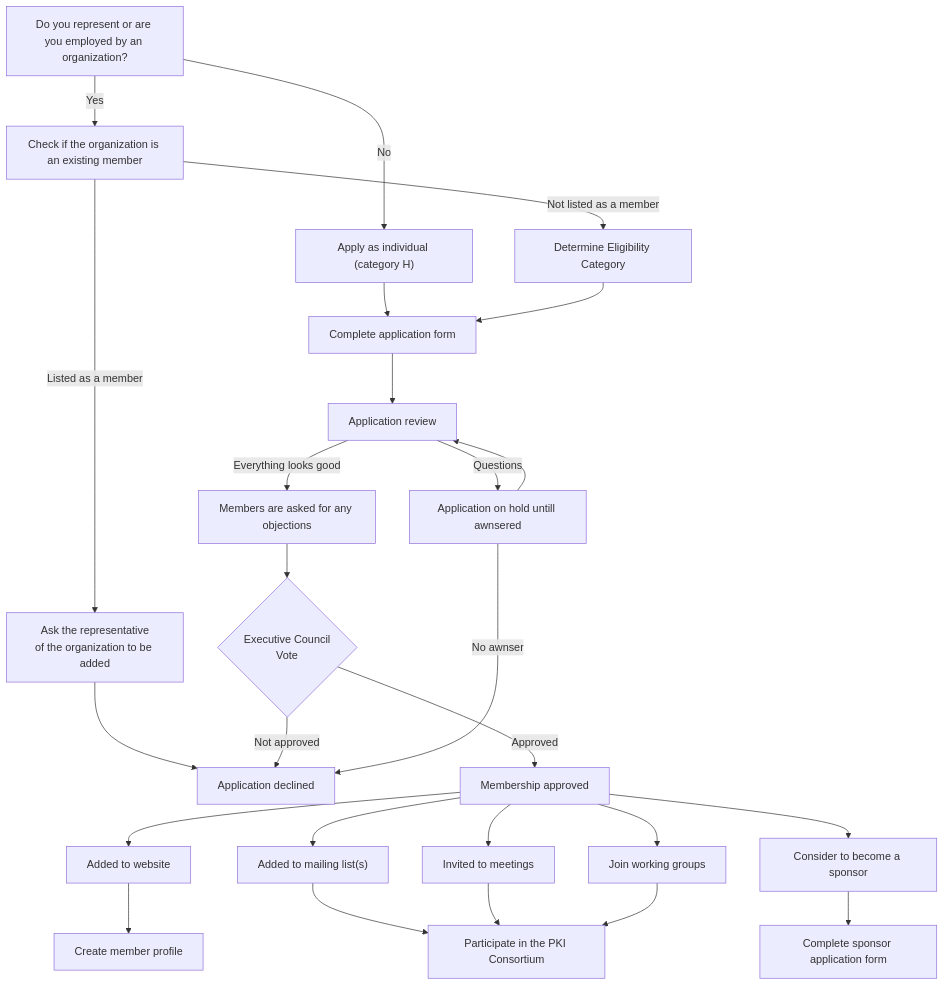
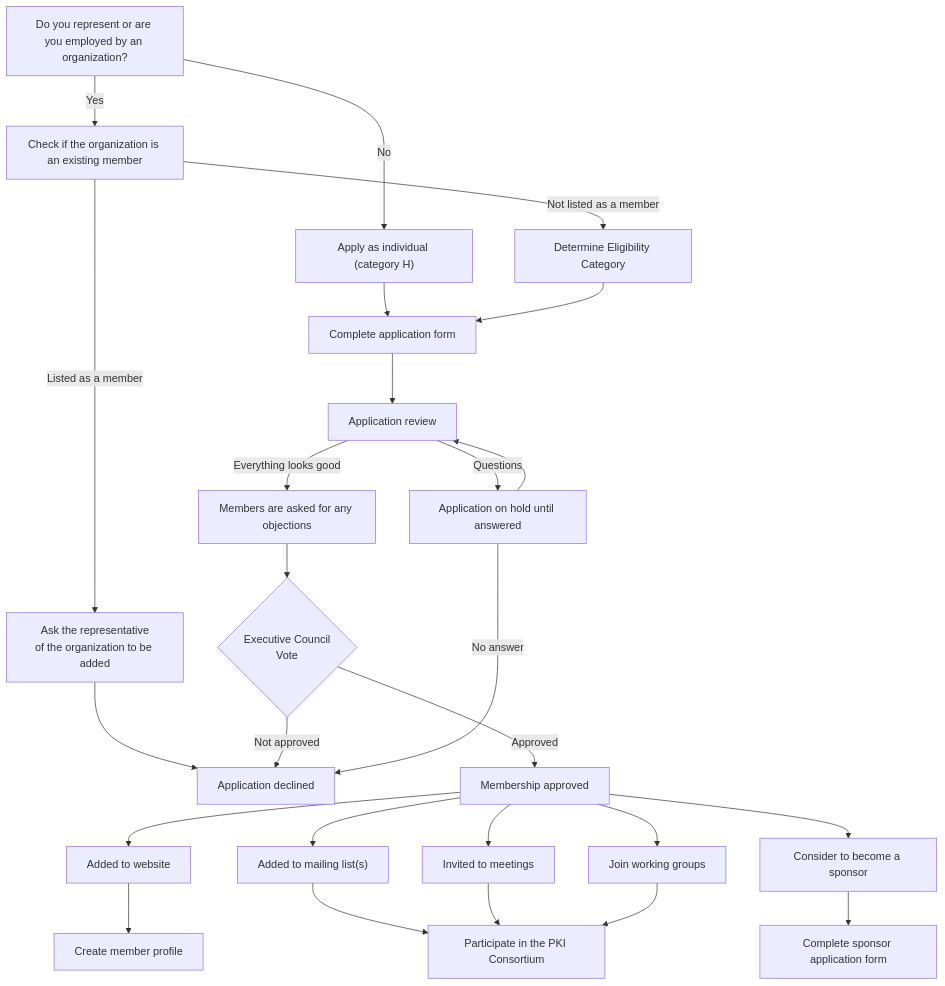
The diagram in content/application-process.md (pkic/pkic.org), drawn with Mermaid before and after one commit.

Commit message:
Fix spelling

````diff
--- a/content/application-process.md
+++ b/content/application-process.md
@@ -20,43 +20,43 @@
 ```mermaid
 flowchart TD 
     IsOrganization[Do you represent or are you employed by an organization?]
     IsOrganization --> |No| Individual["Apply as individual (category H)"] -->  ApplicationForm
     IsOrganization --> |Yes| IsMember[Check if the organization is an existing member]
 
     IsMember --> |Not listed as a member| Category
     IsMember --> |Listed as a member| Member["Ask the representative\nof the organization to be added"] --> END
     
     Category[Determine Eligibility Category] --> ApplicationForm
 
     ApplicationForm[Complete application form]
     ApplicationForm --> Application[Application review]
-    Application --> |Questions| Questions[Application on hold untill awnsered] --> Application
+    Application --> |Questions| Questions[Application on hold until answered] --> Application
     Application --> |Everything looks good| Consultation[Members are asked for any objections]
     Consultation --> EC{Executive Council\nVote}
     EC --> |Not approved| END
     EC --> |Approved| Approved[Membership approved]
 
     Approved --> Website[Added to website] --> Profile[Create member profile]
     Approved --> MailingList["Added to mailing list(s)"] --> Participate
     Approved --> MeetingInvite["Invited to meetings"] --> Participate
     Approved --> WorkingGroups["Join working groups"] --> Participate
     Participate["Participate in the PKI Consortium"]
 
     Approved --> Sponsor[Consider to become a sponsor]  
     Sponsor --> SponsorApplicationForm[Complete sponsor application form]
 
-    Questions --> |No awnser| END
+    Questions --> |No answer| END
     END[Application declined]
 
     click Category "/bylaws/#eligibility"
     click ApplicationForm "/join/"
     click Sponsor "/sponsors/"
     click SponsorApplicationForm "/sponsors/sponsor/"
     click WorkingGroups "/wg/"
     click Profile "https://github.com/pkic/pkic.org#adding-a-new-member"
 
     class Member,Agreements,Questions,Consultation,EC,MailingList,Website,MeetingInvite grey;
     class END red;
     class ApplicationForm blue;
     class Approved green;
 ```
````
